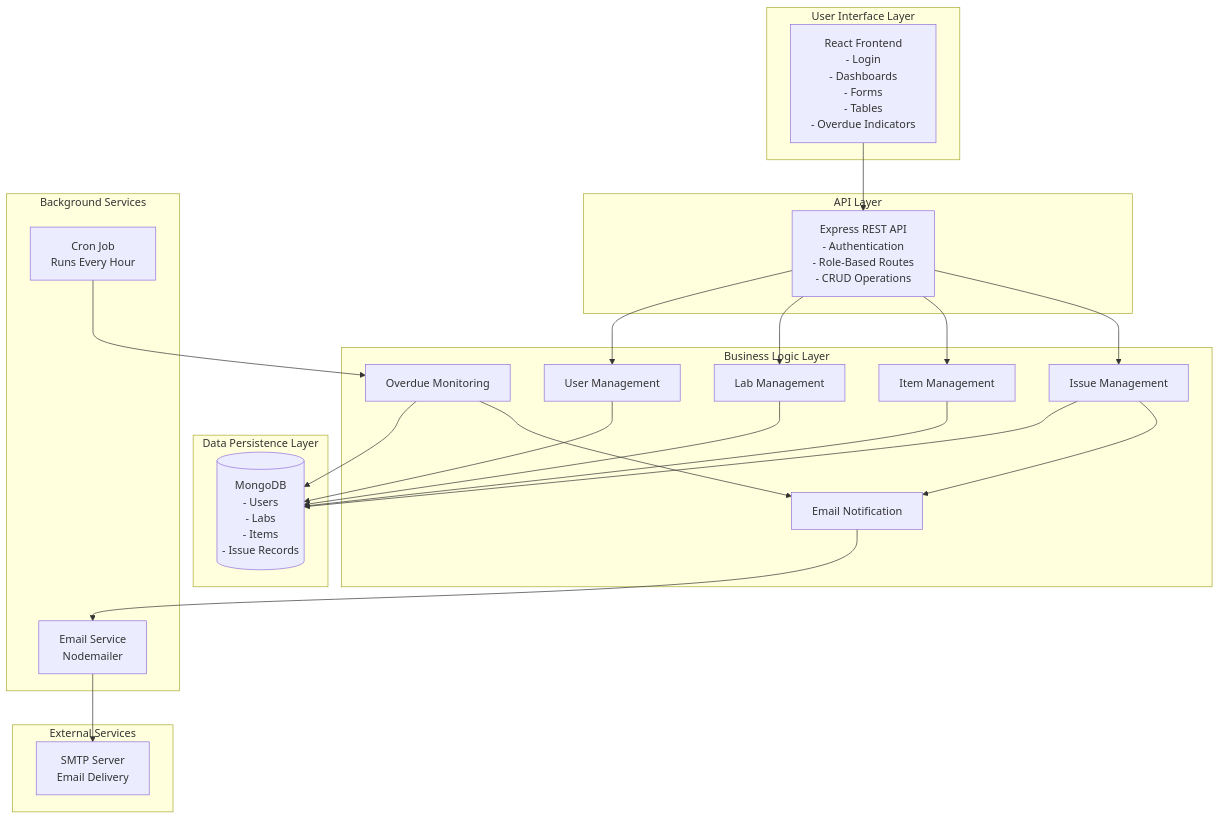
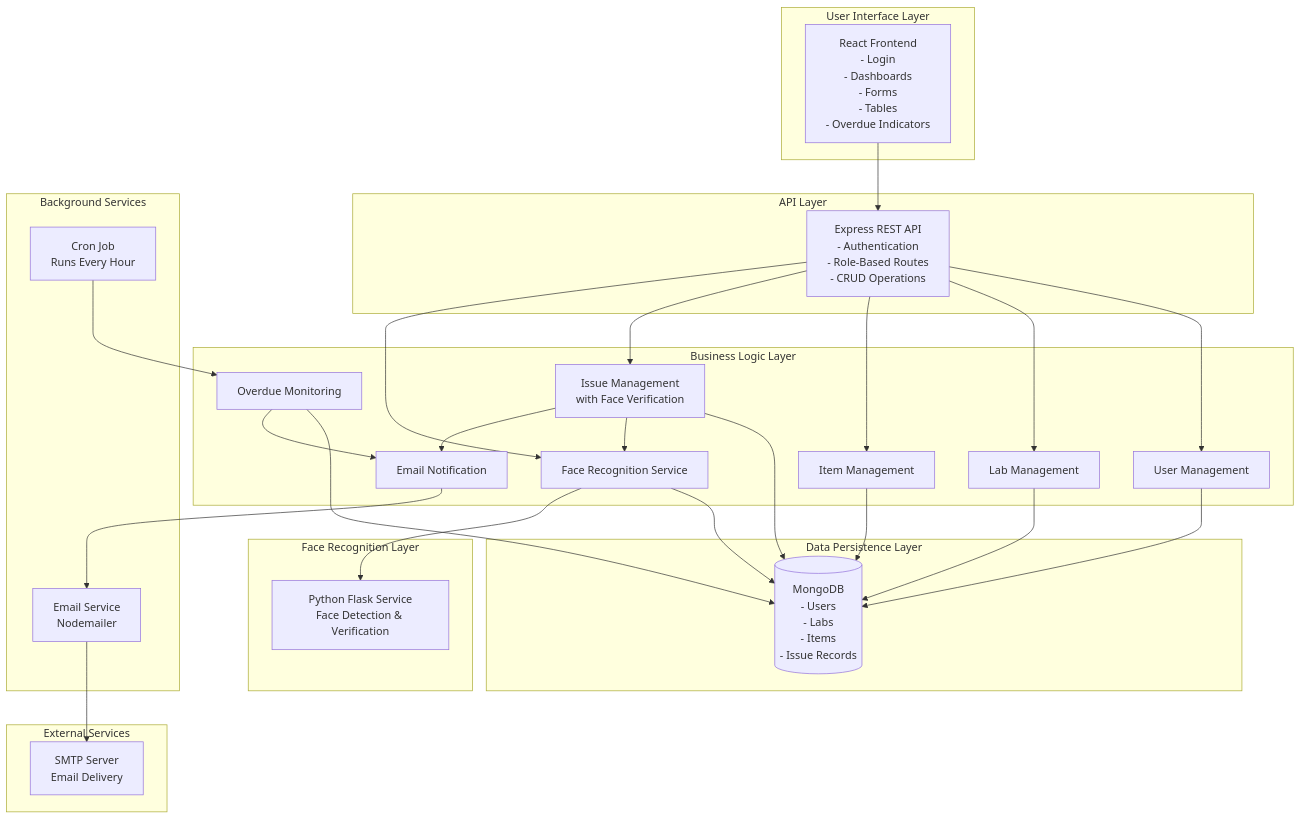
One commit to bejoy-jbt/Laboratory-Items-Issue-Management-System- changed diagram 17 of 18 in docs/DIAGRAMS.md. Above: the diagram before and after it, drawn with Mermaid. The commit also changed other lines of this file and 65 other files, not shown here.

````diff
--- a/docs/DIAGRAMS.md
+++ b/docs/DIAGRAMS.md
@@ -758,51 +906,61 @@
 ```mermaid
 graph TB
     subgraph "User Interface Layer"
         UI[React Frontend<br/>- Login<br/>- Dashboards<br/>- Forms<br/>- Tables<br/>- Overdue Indicators]
     end
     
     subgraph "API Layer"
         REST[Express REST API<br/>- Authentication<br/>- Role-Based Routes<br/>- CRUD Operations]
     end
     
     subgraph "Business Logic Layer"
         BL1[User Management]
         BL2[Lab Management]
         BL3[Item Management]
-        BL4[Issue Management]
+        BL4[Issue Management<br/>with Face Verification]
         BL5[Email Notification]
         BL6[Overdue Monitoring]
+        BL7[Face Recognition Service]
+    end
+    
+    subgraph "Face Recognition Layer"
+        PYTHON_SVC[Python Flask Service<br/>Face Detection & Verification]
     end
     
     subgraph "Data Persistence Layer"
         DB[(MongoDB<br/>- Users<br/>- Labs<br/>- Items<br/>- Issue Records)]
     end
     
     subgraph "Background Services"
         CRON[Cron Job<br/>Runs Every Hour]
         EMAIL[Email Service<br/>Nodemailer]
     end
     
     subgraph "External Services"
         SMTP[SMTP Server<br/>Email Delivery]
     end
     
     UI --> REST
     REST --> BL1
     REST --> BL2
     REST --> BL3
     REST --> BL4
+    REST --> BL7
     
     BL1 --> DB
     BL2 --> DB
     BL3 --> DB
     BL4 --> DB
+    BL7 --> DB
+    
+    BL4 --> BL7
+    BL7 --> PYTHON_SVC
     
     CRON --> BL6
     BL6 --> DB
     BL6 --> BL5
     BL5 --> EMAIL
     EMAIL --> SMTP
     
     BL4 --> BL5
 ```
````
